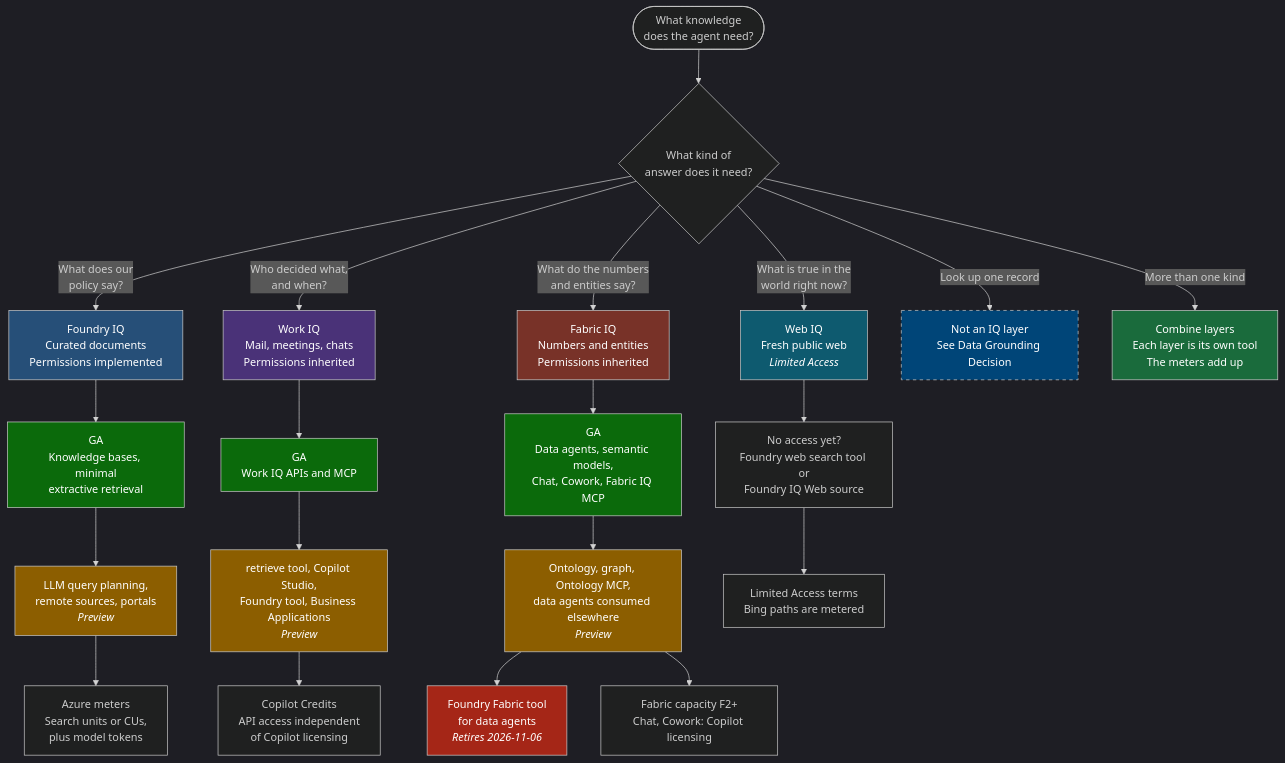
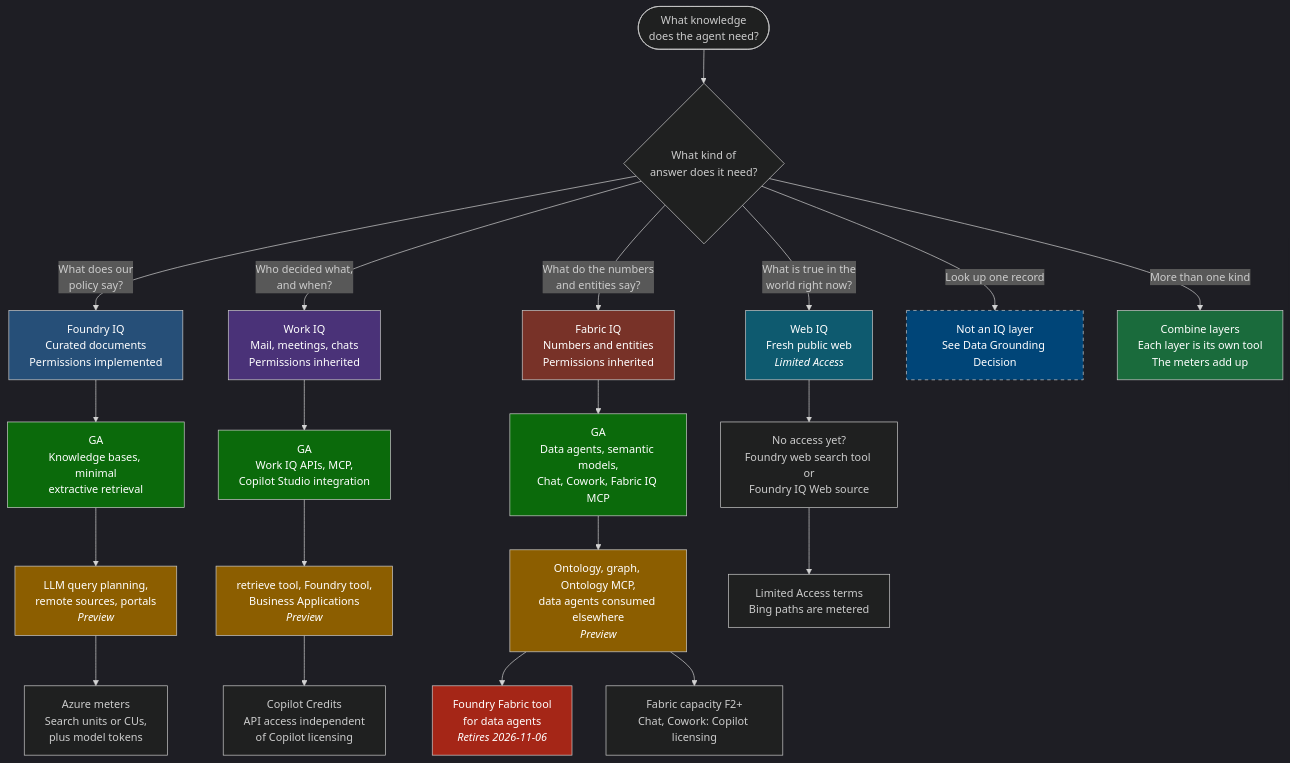
One commit to microsoft/Microsoft-AI-Decision-Framework changed the tenth of 10 diagrams in docs/visual-framework.md. Above: the diagram before and after it, drawn with Mermaid. The commit also changed other lines of this file and 21 other files, not shown here.

````diff
--- a/docs/visual-framework.md
+++ b/docs/visual-framework.md
@@ -1277,42 +1279,42 @@
 ```mermaid
 %%{init: {'theme':'dark'}}%%
 flowchart TD
     Start([What knowledge<br/>does the agent need?]) --> Domain{What kind of<br/>answer does it need?}
 
     Domain -->|What does our<br/>policy say?| FIQ[Foundry IQ<br/>Curated documents<br/>Permissions implemented]
     Domain -->|Who decided what,<br/>and when?| WIQ[Work IQ<br/>Mail, meetings, chats<br/>Permissions inherited]
     Domain -->|What do the numbers<br/>and entities say?| FBIQ[Fabric IQ<br/>Numbers and entities<br/>Permissions inherited]
     Domain -->|What is true in the<br/>world right now?| WEBIQ[Web IQ<br/>Fresh public web<br/><i>Limited Access</i>]
     Domain -->|Look up one record| Rows[Not an IQ layer<br/>See Data Grounding Decision]
     Domain -->|More than one kind| Combine[Combine layers<br/>Each layer is its own tool<br/>The meters add up]
 
     FIQ --> FIQ_GA[GA<br/>Knowledge bases, minimal<br/>extractive retrieval]
     FIQ_GA --> FIQ_Preview[LLM query planning,<br/>remote sources, portals<br/><i>Preview</i>]
     FIQ_Preview --> License1[Azure meters<br/>Search units or CUs,<br/>plus model tokens]
 
-    WIQ --> WIQ_GA[GA<br/>Work IQ APIs and MCP]
-    WIQ_GA --> WIQ_Preview[retrieve tool, Copilot Studio,<br/>Foundry tool, Business Applications<br/><i>Preview</i>]
+    WIQ --> WIQ_GA[GA<br/>Work IQ APIs, MCP,<br/>Copilot Studio integration]
+    WIQ_GA --> WIQ_Preview[retrieve tool, Foundry tool,<br/>Business Applications<br/><i>Preview</i>]
     WIQ_Preview --> License2[Copilot Credits<br/>API access independent<br/>of Copilot licensing]
 
     FBIQ --> FBIQ_GA[GA<br/>Data agents, semantic models,<br/>Chat, Cowork, Fabric IQ MCP]
     FBIQ_GA --> FBIQ_Preview[Ontology, graph, Ontology MCP,<br/>data agents consumed elsewhere<br/><i>Preview</i>]
     FBIQ_Preview --> FBIQ_Retiring[Foundry Fabric tool<br/>for data agents<br/><i>Retires 2026-11-06</i>]
     FBIQ_Preview --> License3[Fabric capacity F2+<br/>Chat, Cowork: Copilot licensing]
 
     WEBIQ --> WEBIQ_Alt[No access yet?<br/>Foundry web search tool or<br/>Foundry IQ Web source]
     WEBIQ_Alt --> License4[Limited Access terms<br/>Bing paths are metered]
 
     style FIQ fill:#264f78,color:#fff
     style WIQ fill:#4a3278,color:#fff
     style FBIQ fill:#783228,color:#fff
     style WEBIQ fill:#0e5a6f,color:#fff
     style Rows fill:#004578,color:#fff,stroke-dasharray: 5 5
     style Combine fill:#1a6b3c,color:#fff
     style FIQ_GA fill:#0b6a0b,color:#fff
     style WIQ_GA fill:#0b6a0b,color:#fff
     style FBIQ_GA fill:#0b6a0b,color:#fff
     style FIQ_Preview fill:#8c5e00,color:#fff
     style WIQ_Preview fill:#8c5e00,color:#fff
     style FBIQ_Preview fill:#8c5e00,color:#fff
     style FBIQ_Retiring fill:#a52617,color:#fff
 ```
````
